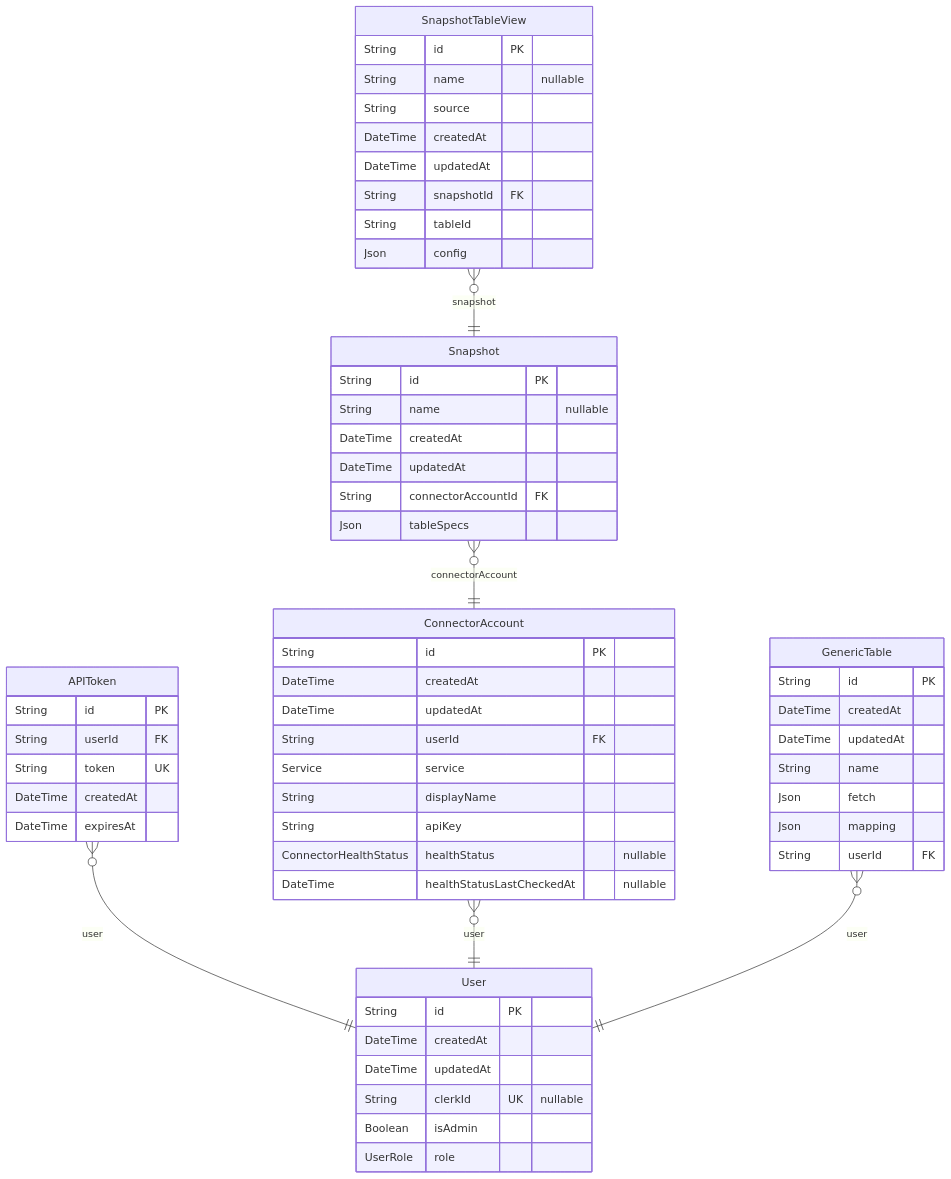
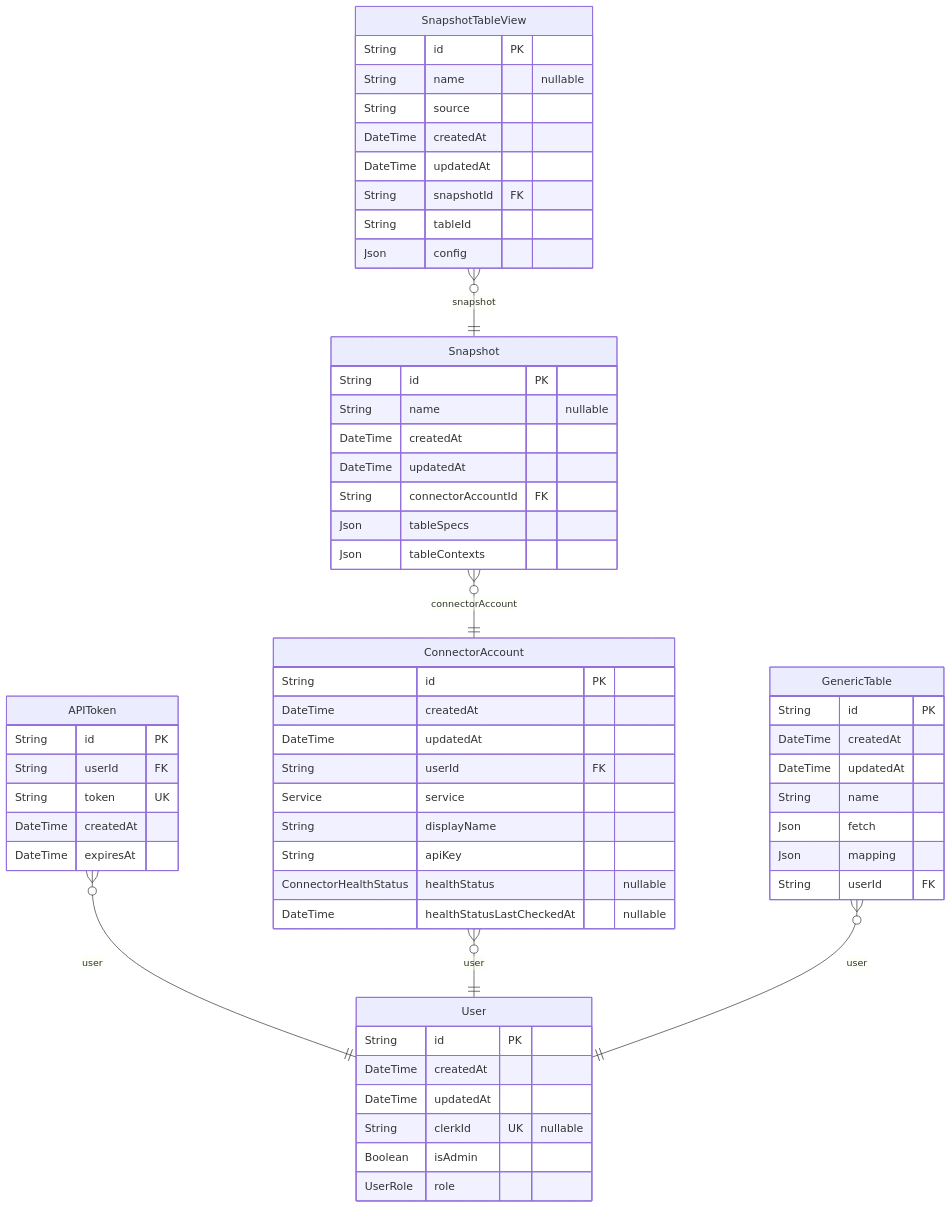
The diagram in server/prisma/ERD.md (whalesync/scratch-cli), drawn with Mermaid before and after one commit. The commit also changed other lines of this file and 10 other files, not shown here.

````diff
--- a/server/prisma/ERD.md
+++ b/server/prisma/ERD.md
@@ -9,61 +9,62 @@
 ```mermaid
 erDiagram
 "User" {
   String id PK
   DateTime createdAt
   DateTime updatedAt
   String clerkId UK "nullable"
   Boolean isAdmin
   UserRole role
 }
 "APIToken" {
   String id PK
   String userId FK
   String token UK
   DateTime createdAt
   DateTime expiresAt
 }
 "ConnectorAccount" {
   String id PK
   DateTime createdAt
   DateTime updatedAt
   String userId FK
   Service service
   String displayName
   String apiKey
   ConnectorHealthStatus healthStatus "nullable"
   DateTime healthStatusLastCheckedAt "nullable"
 }
 "Snapshot" {
   String id PK
   String name "nullable"
   DateTime createdAt
   DateTime updatedAt
   String connectorAccountId FK
   Json tableSpecs
+  Json tableContexts
 }
 "GenericTable" {
   String id PK
   DateTime createdAt
   DateTime updatedAt
   String name
   Json fetch
   Json mapping
   String userId FK
 }
 "SnapshotTableView" {
   String id PK
   String name "nullable"
   String source
   DateTime createdAt
   DateTime updatedAt
   String snapshotId FK
   String tableId
   Json config
 }
 "APIToken" }o--|| "User" : user
 "ConnectorAccount" }o--|| "User" : user
 "Snapshot" }o--|| "ConnectorAccount" : connectorAccount
 "GenericTable" }o--|| "User" : user
 "SnapshotTableView" }o--|| "Snapshot" : snapshot
 ```
````
